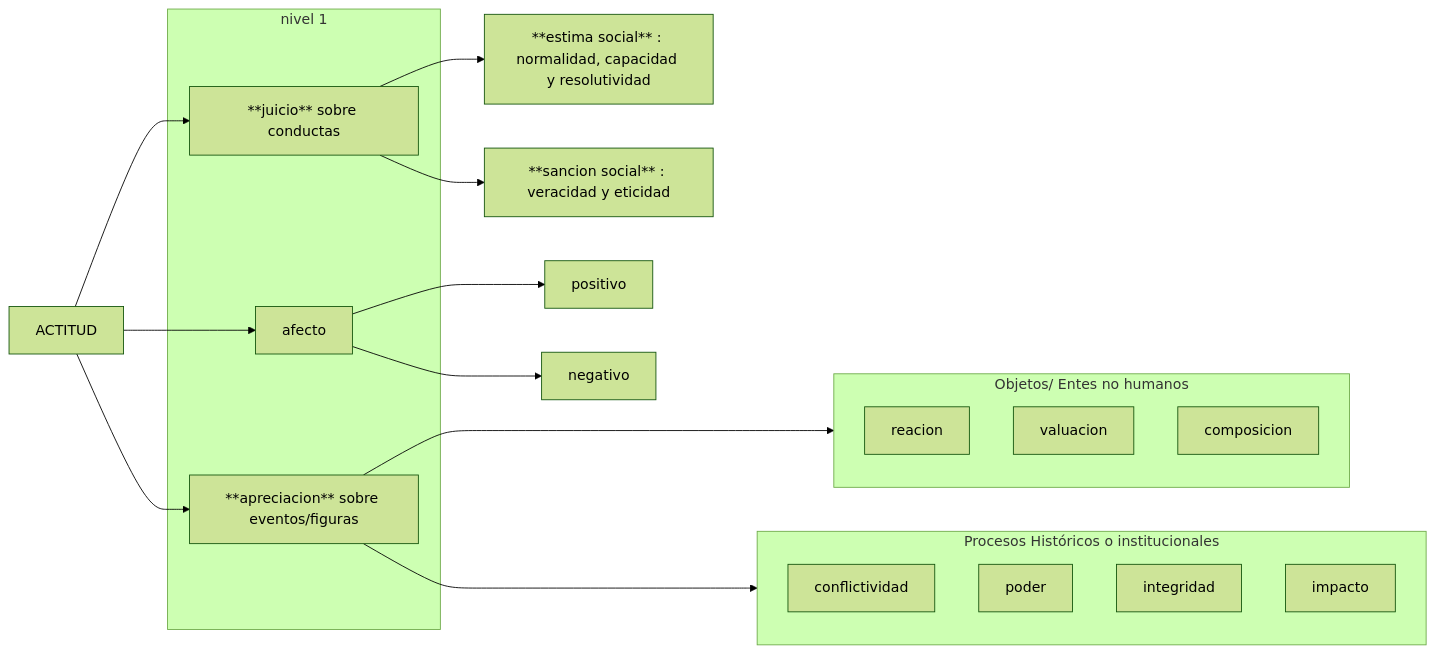
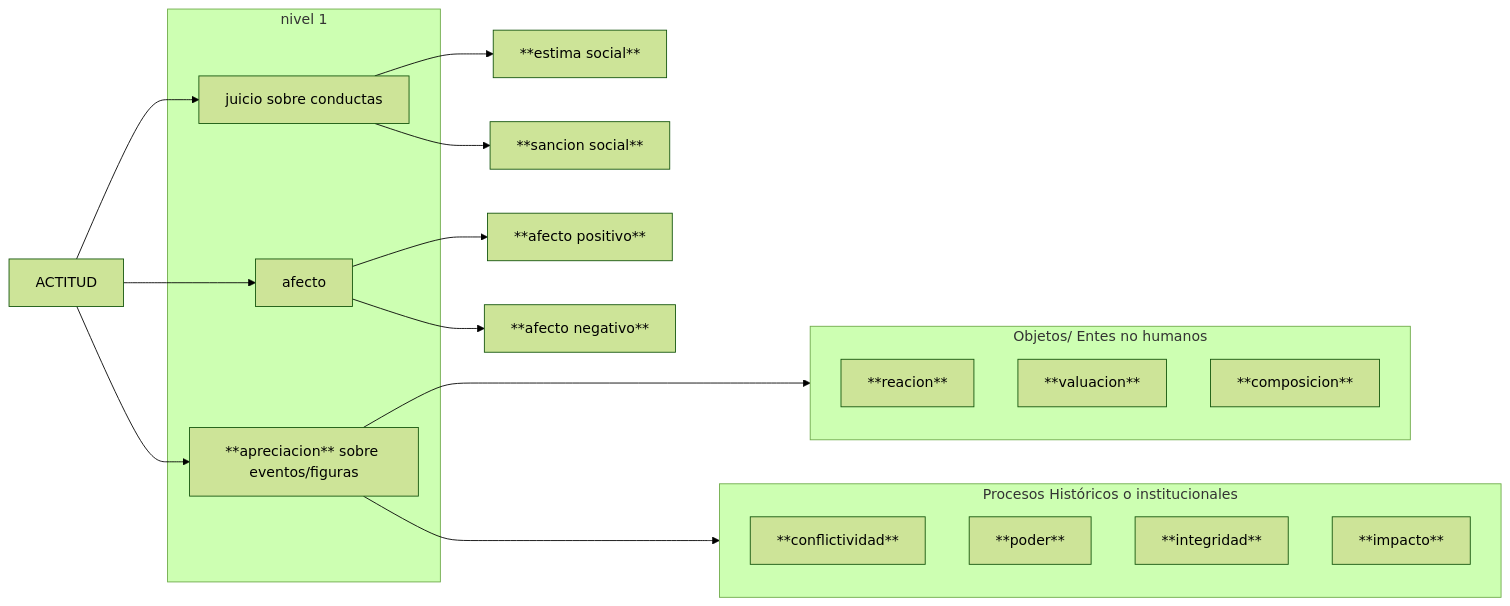
The ninth of 9 diagrams in manuals/manual_codificacion.md (augusto-rp/phd_experiment2), drawn with Mermaid (forest theme) before and after one commit. The commit also changed other lines of this file, not shown here.

````diff
--- a/manuals/manual_codificacion.md
+++ b/manuals/manual_codificacion.md
@@ -962,31 +969,31 @@
 ```mermaid
 graph LR;
-a[ACTITUD] --> b[**juicio** sobre conductas] & c[afecto] & d[**apreciacion** sobre eventos/figuras]
+a[ACTITUD] --> b[juicio sobre conductas] & c[afecto] & d[**apreciacion** sobre eventos/figuras]
 
-1[conflictividad] 
-2[poder]
-4[integridad] 
-5[impacto]
-r[reacion] 
-ev[valuacion] 
-cm[composicion]
+1[**conflictividad**] 
+2[**poder**]
+4[**integridad**] 
+5[**impacto**]
+r[**reacion**] 
+ev[**valuacion**] 
+cm[**composicion**]
 
-b--> es[**estima social** : normalidad, capacidad y resolutividad] & ss[**sancion social** : veracidad y eticidad]
+b--> es[**estima social**] & ss[**sancion social**]
 
-c-->p[positivo] & n[negativo]
+c-->p[**afecto positivo**] & n[**afecto negativo**]
 
 subgraph sh0[nivel 1]
 b & c & d
 end
 
 subgraph sg1[Objetos/ Entes no humanos]
 r & ev & cm
 end
 
 subgraph sg2[Procesos Históricos o institucionales]
 1 & 2 & 4 & 5
 end
 
 
 d---> sg1 & sg2
 ```
````
